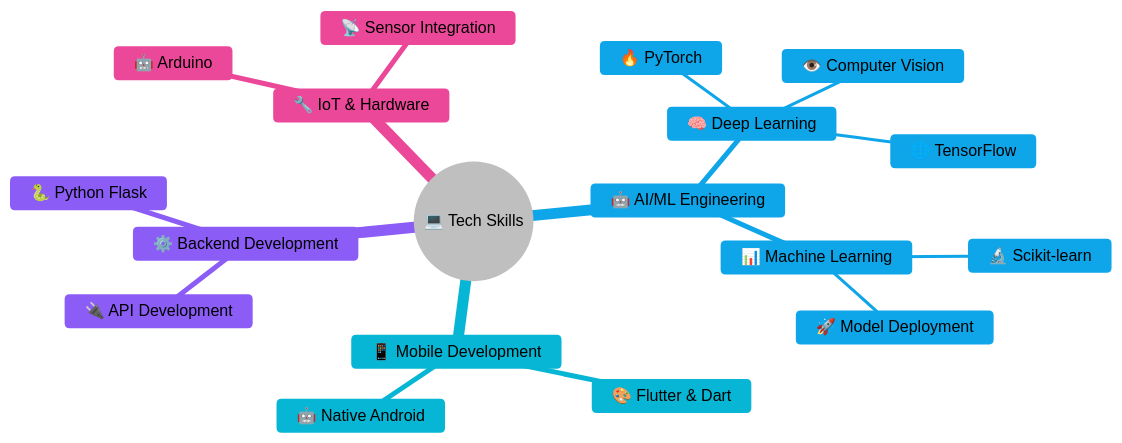
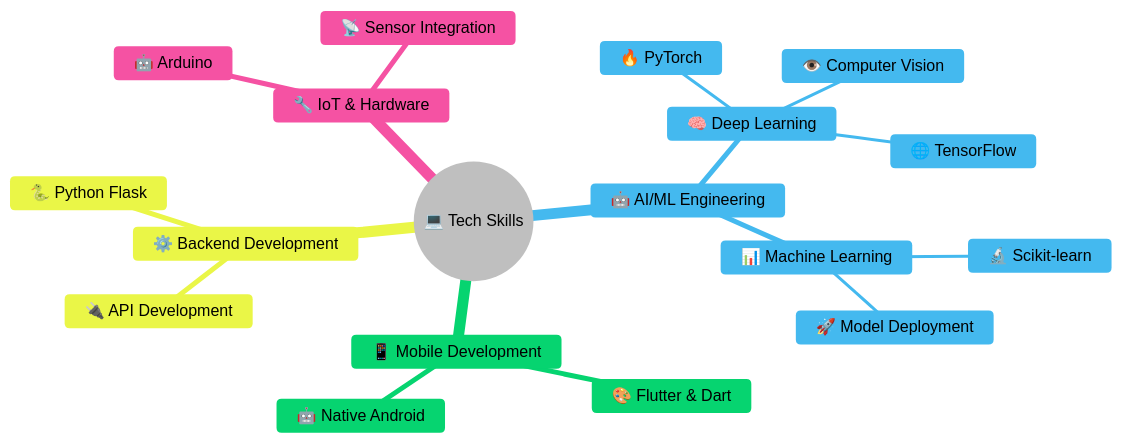
The diagram in README.md (prabhjot0109/prabhjot0109), drawn with Mermaid before and after one commit. The commit also changed other lines of this file, not shown here.

````diff
--- a/README.md
+++ b/README.md
@@ -49,42 +49,42 @@
 ```mermaid
 %%{init: {
   'theme': 'base',
   'themeVariables': {
     'primaryColor': '#ffffffff',
     'primaryTextColor': '#000000ff',
     'primaryBorderColor': '#1d4ed8',
-    'lineColor': '#64748b',
-    'secondaryColor': '#0ea5e9',
+    'lineColor': '#597fb4ff',
+    'secondaryColor': '#0e12e9ff',
     'tertiaryColor': '#06b6d4',
-    'background': '#0f172a',
+    'background': '#596d9cff',
     'mainBkg': '#1e293b',
-    'secondBkg': '#334155',
-    'tertiaryBkg': '#475569',
+    'secondBkg': '#4f71a1ff',
+    'tertiaryBkg': '#42597aff',
     'cScale0': '#2563eb',
-    'cScale1': '#0ea5e9',
-    'cScale2': '#06b6d4',
-    'cScale3': '#8b5cf6',
-    'cScale4': '#ec4899'
+    'cScale1': '#44b9efff',
+    'cScale2': '#06d470ff',
+    'cScale3': '#eaf647ff',
+    'cScale4': '#f552a3ff'
   }
 }}%%
 
 mindmap
   root((💻 Tech Skills))
     🤖 AI/ML Engineering
       🧠 Deep Learning
         🔥 PyTorch
         🌐 TensorFlow
         👁️ Computer Vision
       📊 Machine Learning
         🔬 Scikit-learn
         🚀 Model Deployment
     📱 Mobile Development
       🎨 Flutter & Dart
       🤖 Native Android
     ⚙️ Backend Development
       🐍 Python Flask
       🔌 API Development
     🔧 IoT & Hardware
       🤖 Arduino
       📡 Sensor Integration
 ```
````
